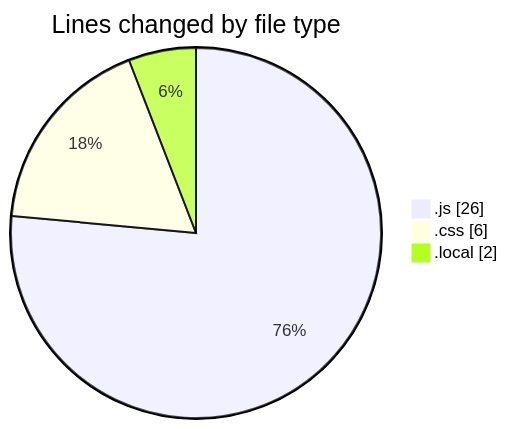
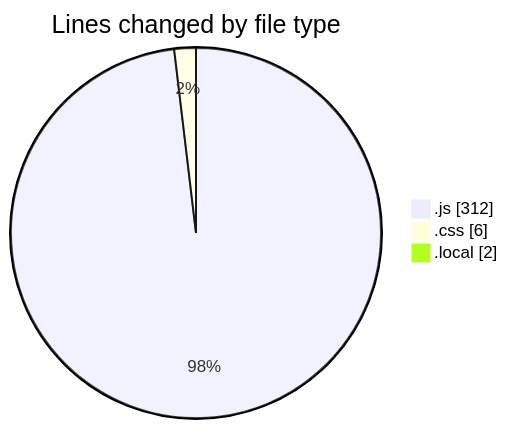
The first of 2 diagrams in 2025-05-04/houserentalservice/README.md (Ritupan-Deka/code-tracking), drawn with Mermaid before and after one commit. The commit also changed other lines of this file and 1 other file, not shown here.

````diff
--- a/2025-05-04/houserentalservice/README.md
+++ b/2025-05-04/houserentalservice/README.md
@@ -24,7 +32,7 @@
 ```mermaid
 pie showData
 title Lines changed by file type
-".js" : 26
+".js" : 312
 ".css" : 6
 ".local" : 2
 ```
````
